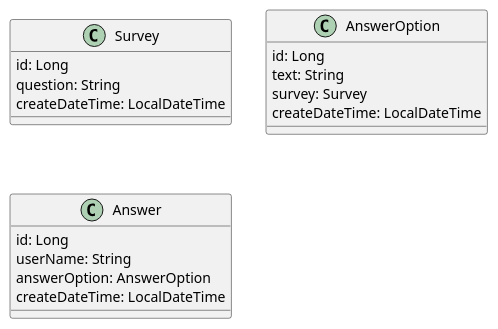
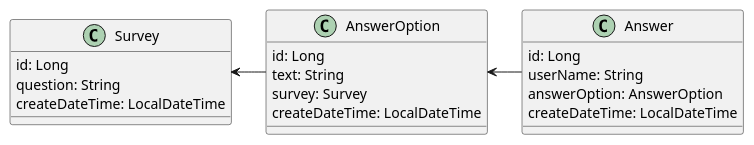
One commit to htl-leonding-project/2022-4ahif-leoquest changed the diagram in asciidocs/plantuml/cld.puml. Above: the diagram before and after it, drawn with PlantUML. The commit also changed 1 other file, not shown here.

Commit message:
fix cld Diagram, fix use cases

```diff
--- a/asciidocs/plantuml/cld.puml
+++ b/asciidocs/plantuml/cld.puml
@@ -1,23 +1,26 @@
 @startuml
 
 class Survey{
     id: Long
     question: String
     createDateTime: LocalDateTime
 }
 
 class AnswerOption{
     id: Long
     text: String
     survey: Survey
     createDateTime: LocalDateTime
 }
 
 class Answer {
     id: Long
     userName: String
     answerOption: AnswerOption
     createDateTime: LocalDateTime
 }
 
+Survey <- AnswerOption
+AnswerOption <- Answer
+
 @enduml
```
